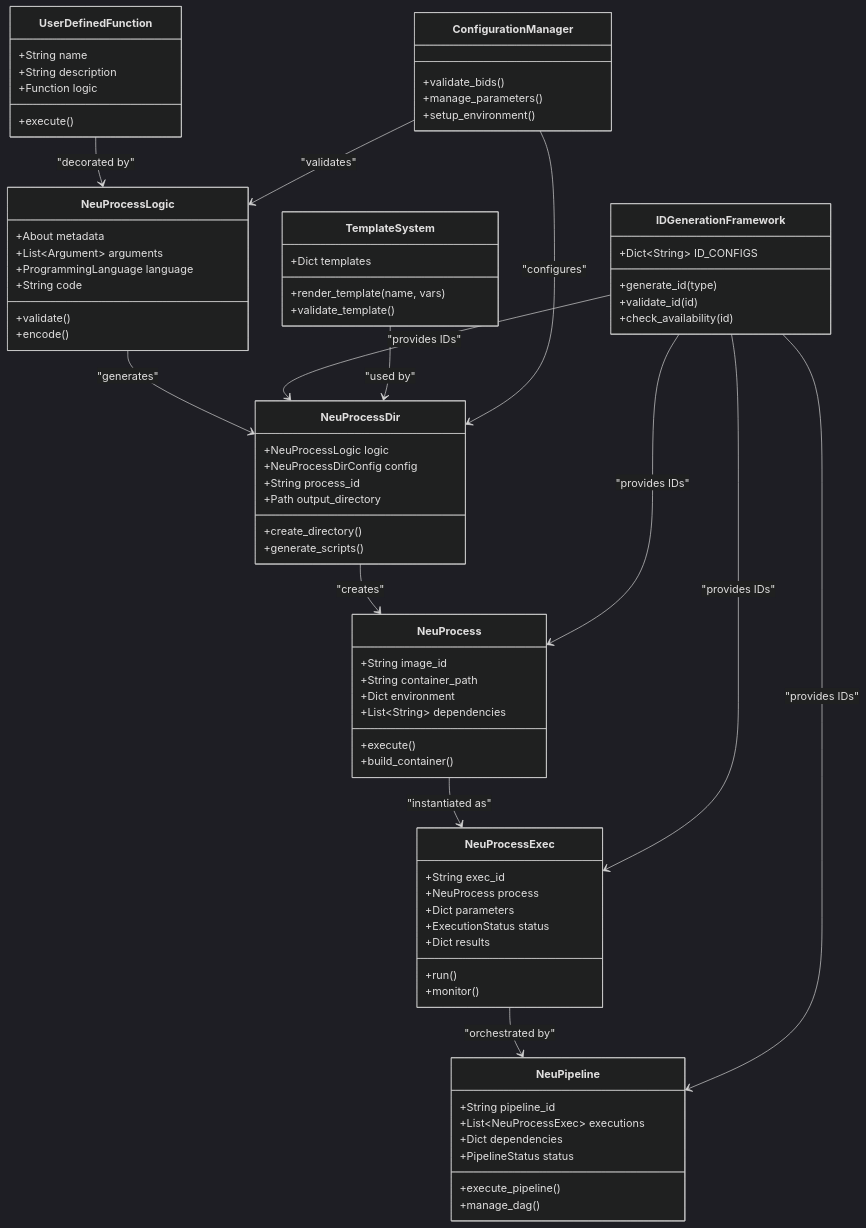
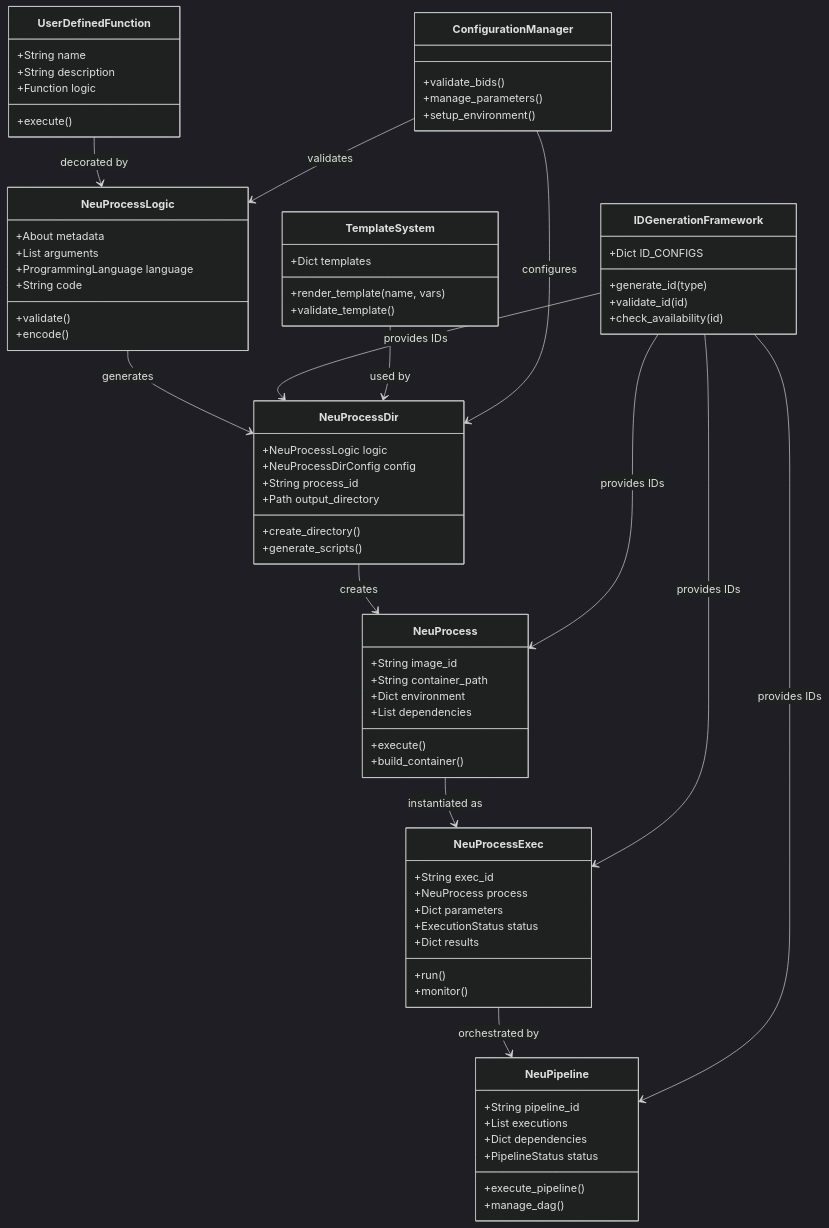
Before and after one commit to chinmaymokashicm/neuroanalyst: the ninth of 12 diagrams in README.md, drawn with Mermaid (dark theme). The commit also changed other lines of this file and 113 other files, not shown here.

````diff
--- a/README.md
+++ b/README.md
@@ -164,7 +819,7 @@
     
     class NeuProcessLogic {
         +About metadata
-        +List~Argument~ arguments
+        +List arguments
         +ProgrammingLanguage language
         +String code
         +validate()
@@ -184,7 +839,7 @@
         +String image_id
         +String container_path
         +Dict environment
-        +List~String~ dependencies
+        +List dependencies
         +execute()
         +build_container()
     }
@@ -201,23 +856,15 @@
     
     class NeuPipeline {
         +String pipeline_id
-        +List~NeuProcessExec~ executions
+        +List executions
         +Dict dependencies
         +PipelineStatus status
         +execute_pipeline()
         +manage_dag()
     }
     
-    %% Core workflow relationships
-    UserDefinedFunction --> NeuProcessLogic : "decorated by"
-    NeuProcessLogic --> NeuProcessDir : "generates"
-    NeuProcessDir --> NeuProcess : "creates"
-    NeuProcess --> NeuProcessExec : "instantiated as"
-    NeuProcessExec --> NeuPipeline : "orchestrated by"
-    
-    %% Supporting infrastructure
     class IDGenerationFramework {
-        +Dict~String~ ID_CONFIGS
+        +Dict ID_CONFIGS
         +generate_id(type)
         +validate_id(id)
         +check_availability(id)
@@ -235,13 +882,20 @@
         +setup_environment()
     }
     
+    %% Core workflow relationships
+    UserDefinedFunction --> NeuProcessLogic : decorated by
+    NeuProcessLogic --> NeuProcessDir : generates
+    NeuProcessDir --> NeuProcess : creates
+    NeuProcess --> NeuProcessExec : instantiated as
+    NeuProcessExec --> NeuPipeline : orchestrated by
+    
     %% Infrastructure relationships
-    IDGenerationFramework --> NeuProcessDir : "provides IDs"
-    IDGenerationFramework --> NeuProcess : "provides IDs"
-    IDGenerationFramework --> NeuProcessExec : "provides IDs"
-    IDGenerationFramework --> NeuPipeline : "provides IDs"
+    IDGenerationFramework --> NeuProcessDir : provides IDs
+    IDGenerationFramework --> NeuProcess : provides IDs
+    IDGenerationFramework --> NeuProcessExec : provides IDs
+    IDGenerationFramework --> NeuPipeline : provides IDs
     
-    TemplateSystem --> NeuProcessDir : "used by"
-    ConfigurationManager --> NeuProcessLogic : "validates"
-    ConfigurationManager --> NeuProcessDir : "configures"
+    TemplateSystem --> NeuProcessDir : used by
+    ConfigurationManager --> NeuProcessLogic : validates
+    ConfigurationManager --> NeuProcessDir : configures
 ```
````
